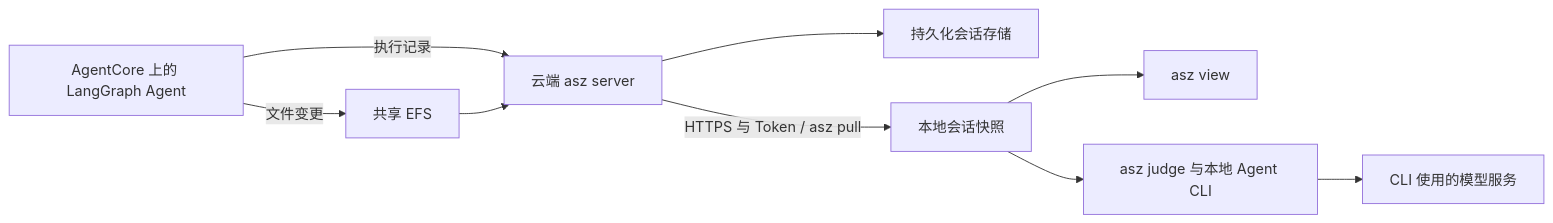
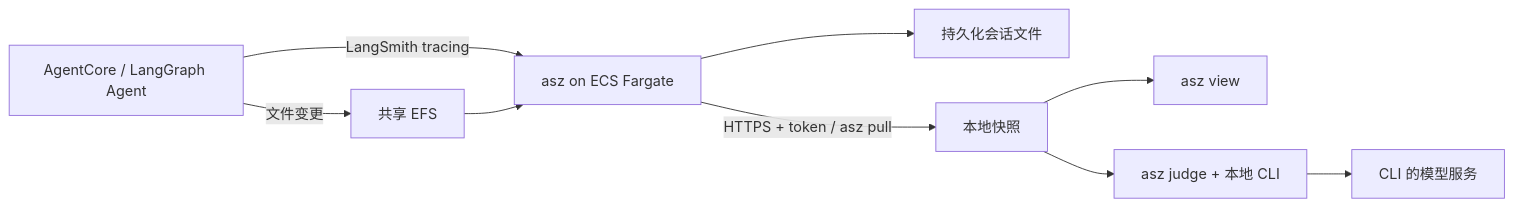
The diagram in docs/blog/pull-judge/zh-CN.md (wu-sheng/aws-agentcore-asz-demo), drawn with Mermaid before and after one commit. The commit also changed other lines of this file and 6 other files, not shown here.

Commit message:
Document cloud pull and local judge experiment results

````diff
--- a/docs/blog/pull-judge/zh-CN.md
+++ b/docs/blog/pull-judge/zh-CN.md
@@ -23,11 +25,11 @@
 ```mermaid
 flowchart LR
-  A[AgentCore 上的 LangGraph Agent] -->|执行记录| S[云端 asz server]
+  A[AgentCore / LangGraph Agent] -->|LangSmith tracing| S[asz on ECS Fargate]
   A -->|文件变更| E[共享 EFS]
   E --> S
-  S --> D[持久化会话存储]
-  S -->|HTTPS 与 Token / asz pull| L[本地会话快照]
+  S --> D[持久化会话文件]
+  S -->|HTTPS + token / asz pull| L[本地快照]
   L --> V[asz view]
-  L --> J[asz judge 与本地 Agent CLI]
-  J --> M[CLI 使用的模型服务]
+  L --> J[asz judge + 本地 CLI]
+  J --> M[CLI 的模型服务]
 ```
````
